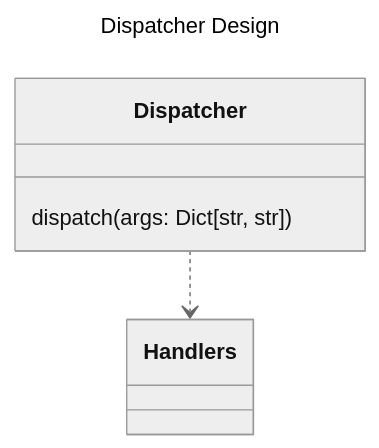
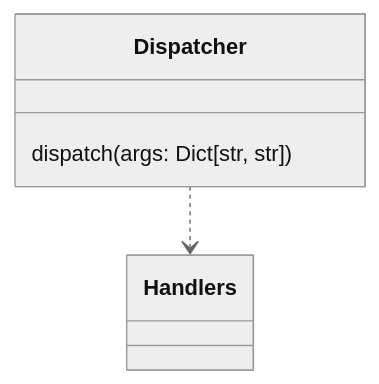
Before and after one commit to Oldranda1414/Privacy-P2P-Federated-Learning: the diagram in doc/assets/src/dispatcher_design.mmd, drawn with Mermaid (neutral theme). The commit also changed 8 other files, not shown here.

```diff
--- a/doc/assets/src/dispatcher_design.mmd
+++ b/doc/assets/src/dispatcher_design.mmd
@@ -1,9 +1,6 @@
----
-title: Dispatcher Design
----
 classDiagram
     class Dispatcher {
         dispatch(args: Dict[str, str])
     }
 
     Dispatcher ..> Handlers
```
